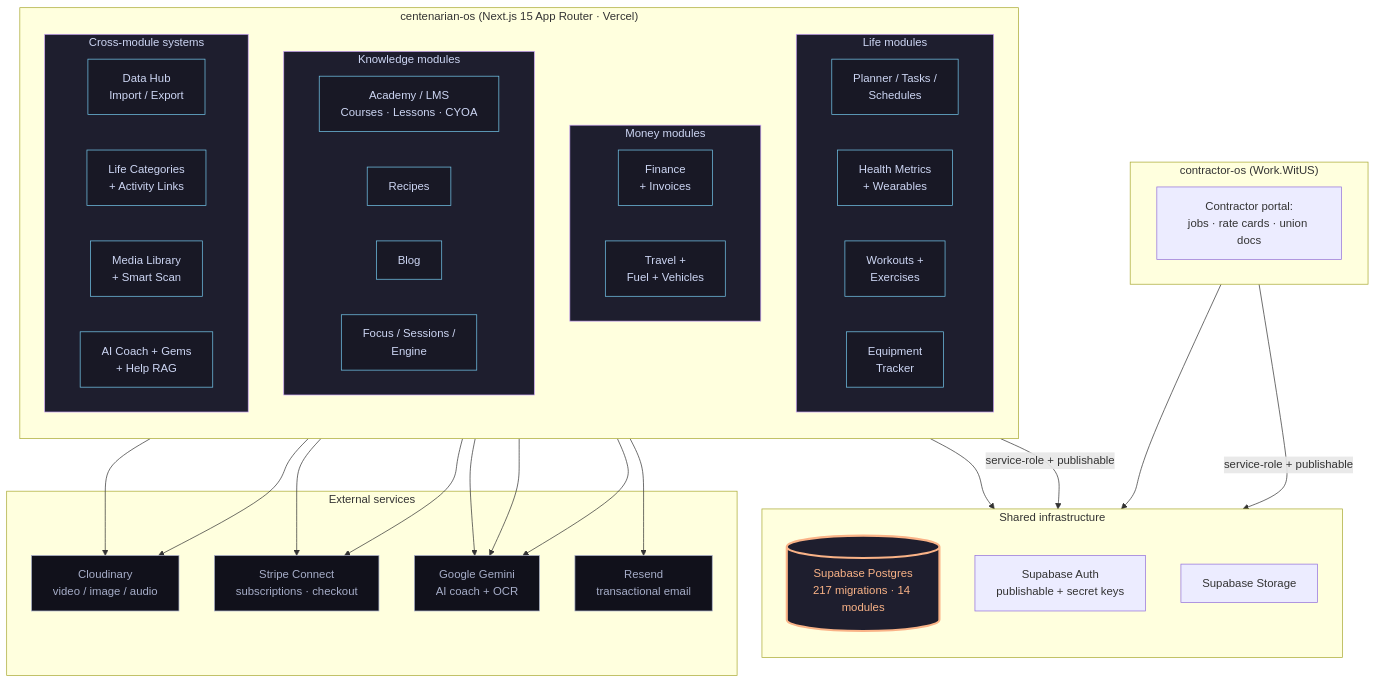
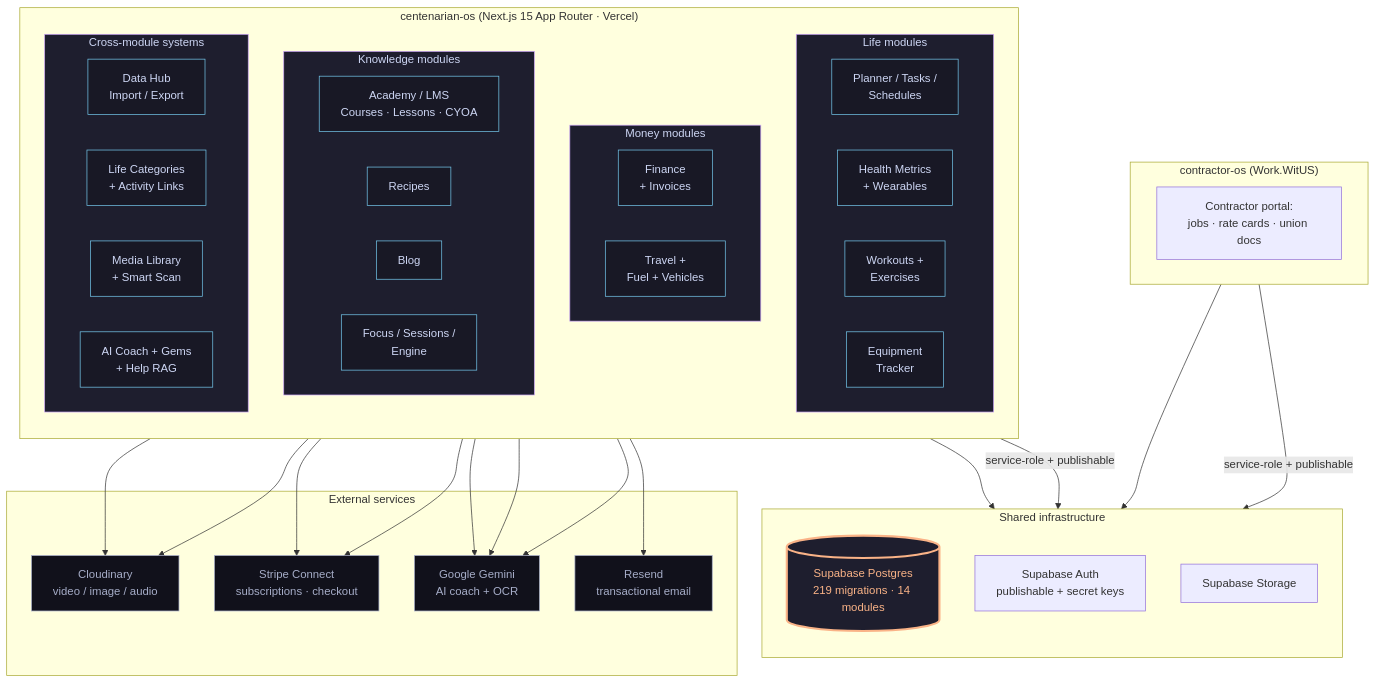
The first of 2 diagrams in ARCHITECTURE.md (dapperAuteur/centenarian-os), drawn with Mermaid before and after one commit. The commit also changed 4 other files, not shown here.

````diff
--- a/ARCHITECTURE.md
+++ b/ARCHITECTURE.md
@@ -14,76 +14,76 @@
 ```mermaid
 flowchart TB
   classDef shell fill:#1e1e2e,stroke:#cba6f7,color:#cdd6f4
   classDef module fill:#181825,stroke:#74c7ec,color:#cdd6f4
   classDef shared fill:#1e1e2e,stroke:#fab387,color:#fab387,stroke-width:3px
   classDef external fill:#11111b,stroke:#a6adc8,color:#a6adc8
 
   subgraph CentOS["centenarian-os (Next.js 15 App Router · Vercel)"]
     direction TB
 
     subgraph Life["Life modules"]
       direction LR
       Planner[Planner / Tasks /<br/>Schedules]
       Health[Health Metrics<br/>+ Wearables]
       Workouts[Workouts +<br/>Exercises]
       Equipment[Equipment<br/>Tracker]
     end
 
     subgraph Money["Money modules"]
       direction LR
       Finance[Finance<br/>+ Invoices]
       Travel[Travel +<br/>Fuel + Vehicles]
     end
 
     subgraph Knowledge["Knowledge modules"]
       direction LR
       Academy[Academy / LMS<br/>Courses · Lessons · CYOA]
       Recipes[Recipes]
       Blog[Blog]
       Focus[Focus / Sessions /<br/>Engine]
     end
 
     subgraph Cross["Cross-module systems"]
       direction LR
       DataHub[Data Hub<br/>Import / Export]
       Categories[Life Categories<br/>+ Activity Links]
       MediaLib[Media Library<br/>+ Smart Scan]
       Coach[AI Coach + Gems<br/>+ Help RAG]
     end
   end
 
   subgraph Shared["Shared infrastructure"]
     direction TB
-    Supabase[(Supabase Postgres<br/>217 migrations · 14 modules)]:::shared
+    Supabase[(Supabase Postgres<br/>219 migrations · 14 modules)]:::shared
     SupaAuth[Supabase Auth<br/>publishable + secret keys]
     SupaStorage[Supabase Storage]
   end
 
   subgraph Sibling["contractor-os (Work.WitUS)"]
     Contractor[Contractor portal:<br/>jobs · rate cards · union docs]
   end
 
   subgraph External["External services"]
     Cloudinary[Cloudinary<br/>video / image / audio]
     Stripe[Stripe Connect<br/>subscriptions · checkout]
     Gemini[Google Gemini<br/>AI coach + OCR]
     Resend[Resend<br/>transactional email]
   end
 
   CentOS -->|service-role + publishable| Supabase
   Sibling -->|service-role + publishable| Supabase
   CentOS --> SupaAuth
   Sibling --> SupaAuth
   CentOS --> Cloudinary
   CentOS --> Stripe
   CentOS --> Gemini
   CentOS --> Resend
   Coach --> Gemini
   MediaLib --> Cloudinary
   MediaLib --> Gemini
   Finance --> Stripe
 
   class Life,Money,Knowledge,Cross shell
   class Planner,Health,Workouts,Equipment,Finance,Travel,Academy,Recipes,Blog,Focus,DataHub,Categories,MediaLib,Coach module
   class Cloudinary,Stripe,Gemini,Resend external
 ```
````
